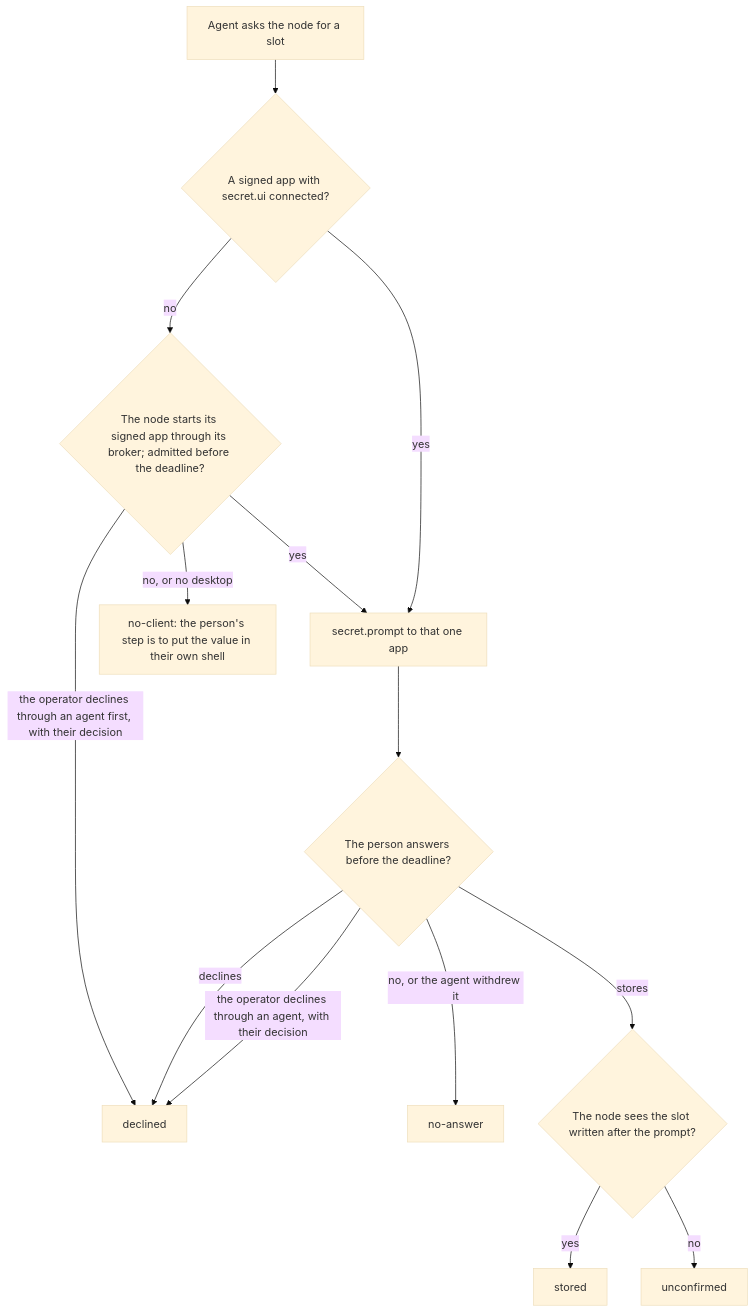
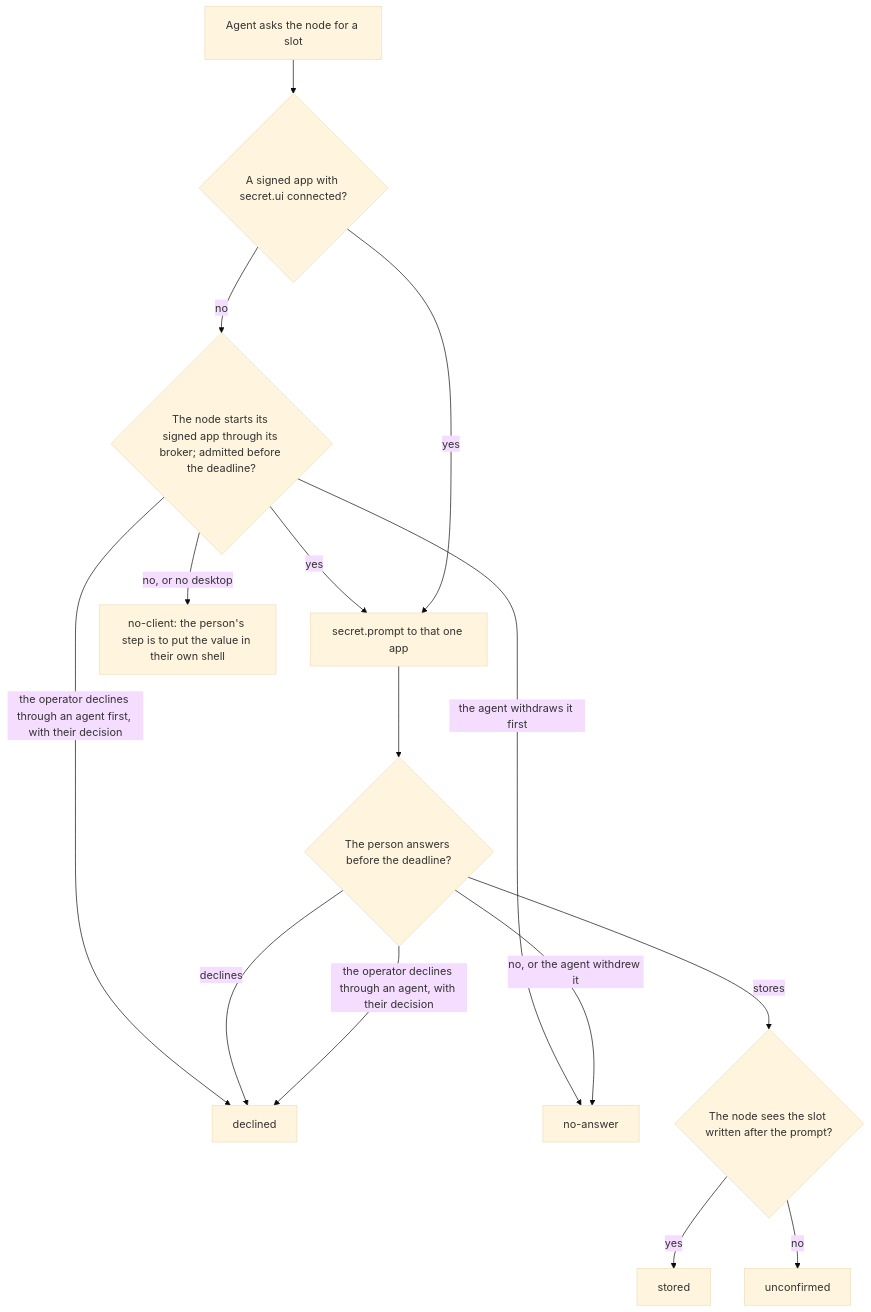
One commit to passioncode-ai/fabric-agent-contract changed diagram 34 of 34 in docs/ux/flows.md. Above: the diagram before and after it, drawn with Mermaid (base theme). The commit also changed 10 other files, not shown here.

````diff
--- a/docs/ux/flows.md
+++ b/docs/ux/flows.md
@@ -899,16 +899,17 @@
 ```mermaid
 flowchart TD
   Q[Agent asks the node for a slot] --> C{A signed app with secret.ui connected?}
   C -->|no| L{The node starts its signed app through its broker; admitted before the deadline?}
   L -->|yes| P
   L -->|the operator declines through an agent first, with their decision| D
+  L -->|the agent withdraws it first| Z
   L -->|no, or no desktop| X[no-client: the person's step is to put the value in their own shell]
   C -->|yes| P[secret.prompt to that one app]
   P --> W{The person answers before the deadline?}
   W -->|no, or the agent withdrew it| Z[no-answer]
   W -->|declines| D[declined]
   W -->|the operator declines through an agent, with their decision| D
   W -->|stores| S{The node sees the slot written after the prompt?}
   S -->|yes| O[stored]
   S -->|no| U[unconfirmed]
 ```
````
